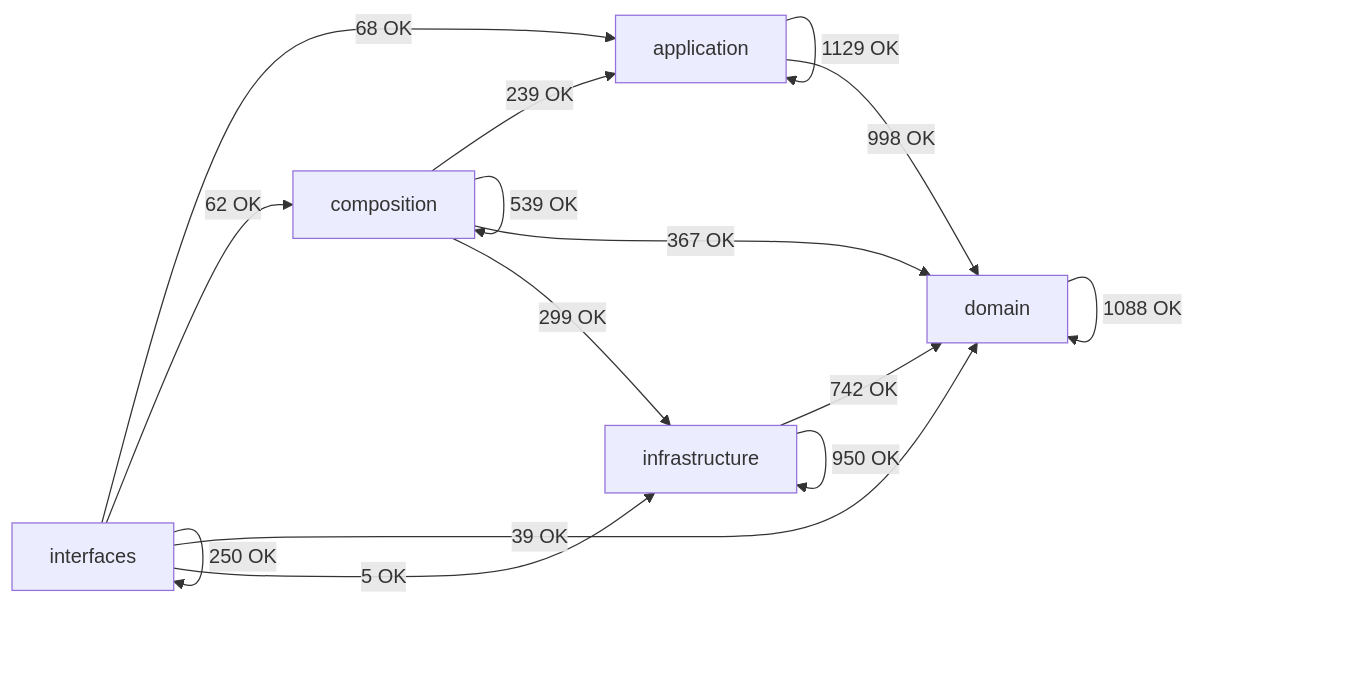
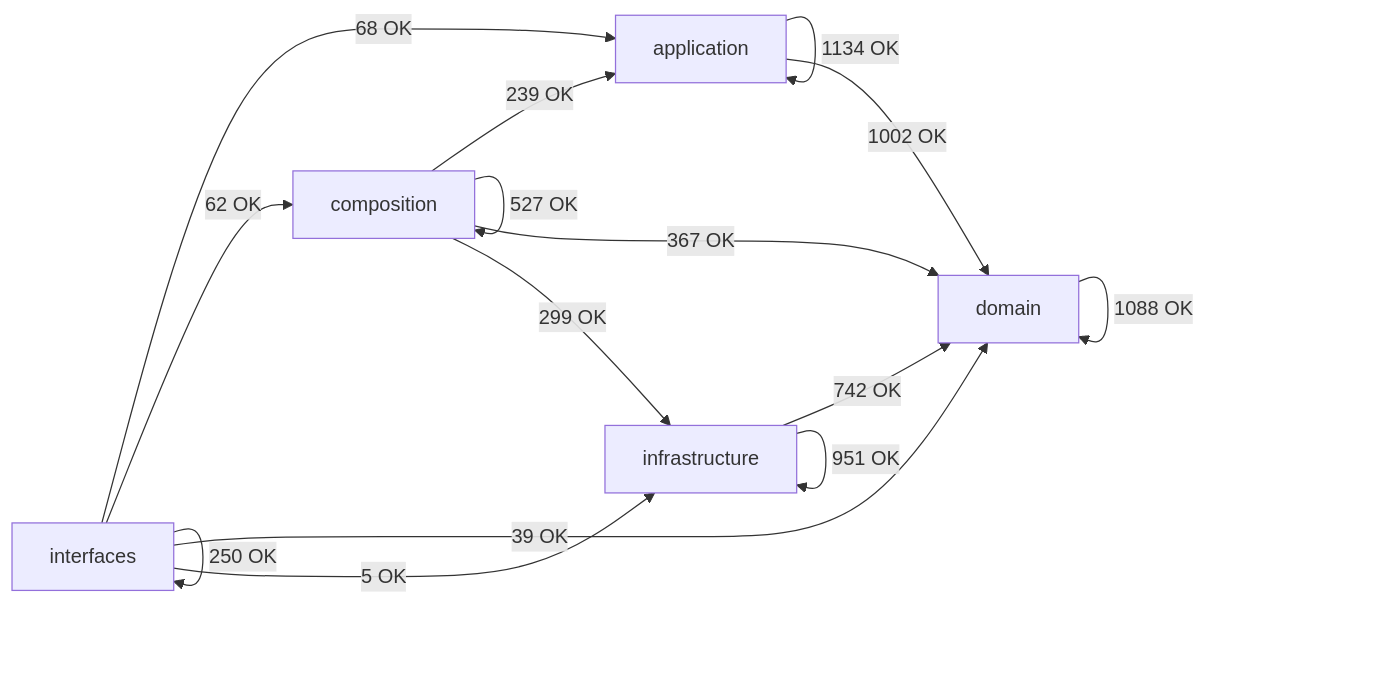
Before and after one commit to SatoryKono/BioactivityDataAcquisition: the diagram in docs/02-architecture/generated/module-dependency-map.md, drawn with Mermaid. The commit also changed other lines of this file and 49 other files, not shown here.

````diff
--- a/docs/02-architecture/generated/module-dependency-map.md
+++ b/docs/02-architecture/generated/module-dependency-map.md
@@ -17,22 +17,22 @@
 ```mermaid
 flowchart LR
     domain[domain]
     application[application]
     infrastructure[infrastructure]
     composition[composition]
     interfaces[interfaces]
-    application -->|1129 OK| application
-    application -->|998 OK| domain
+    application -->|1134 OK| application
+    application -->|1002 OK| domain
     composition -->|239 OK| application
-    composition -->|539 OK| composition
+    composition -->|527 OK| composition
     composition -->|367 OK| domain
     composition -->|299 OK| infrastructure
     domain -->|1088 OK| domain
     infrastructure -->|742 OK| domain
-    infrastructure -->|950 OK| infrastructure
+    infrastructure -->|951 OK| infrastructure
     interfaces -->|68 OK| application
     interfaces -->|62 OK| composition
     interfaces -->|39 OK| domain
     interfaces -->|5 OK| infrastructure
     interfaces -->|250 OK| interfaces
 ```
````
